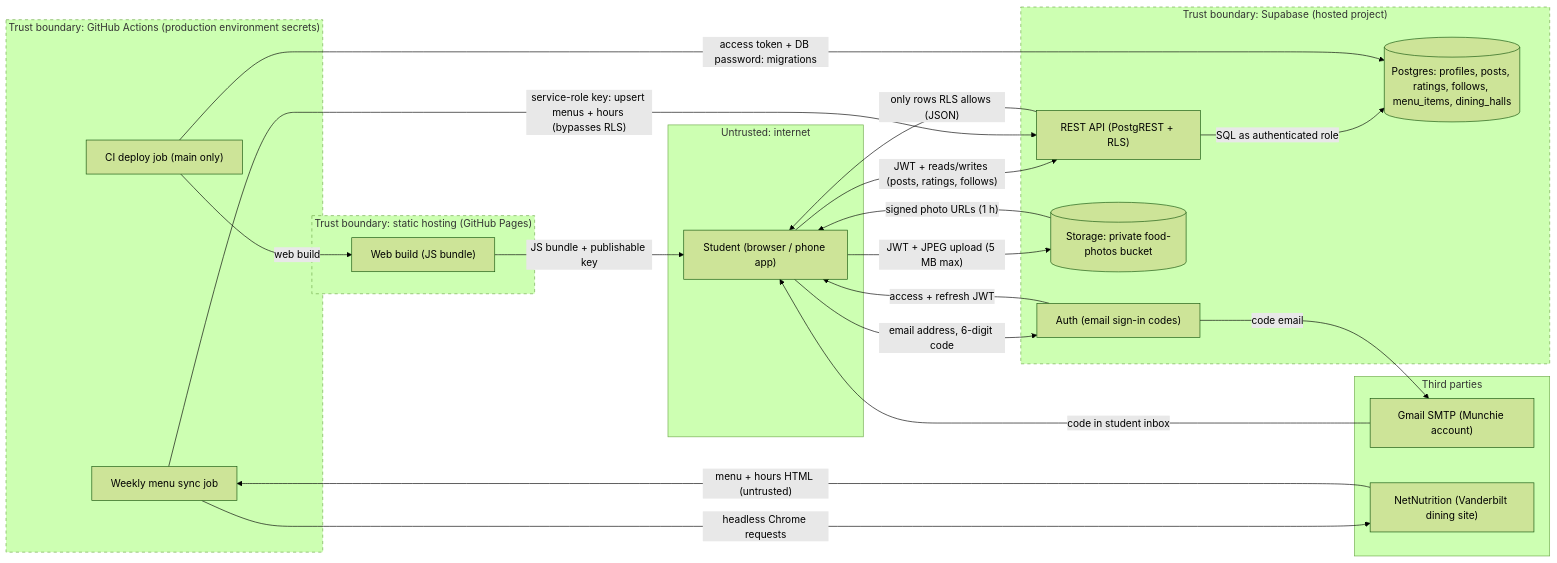
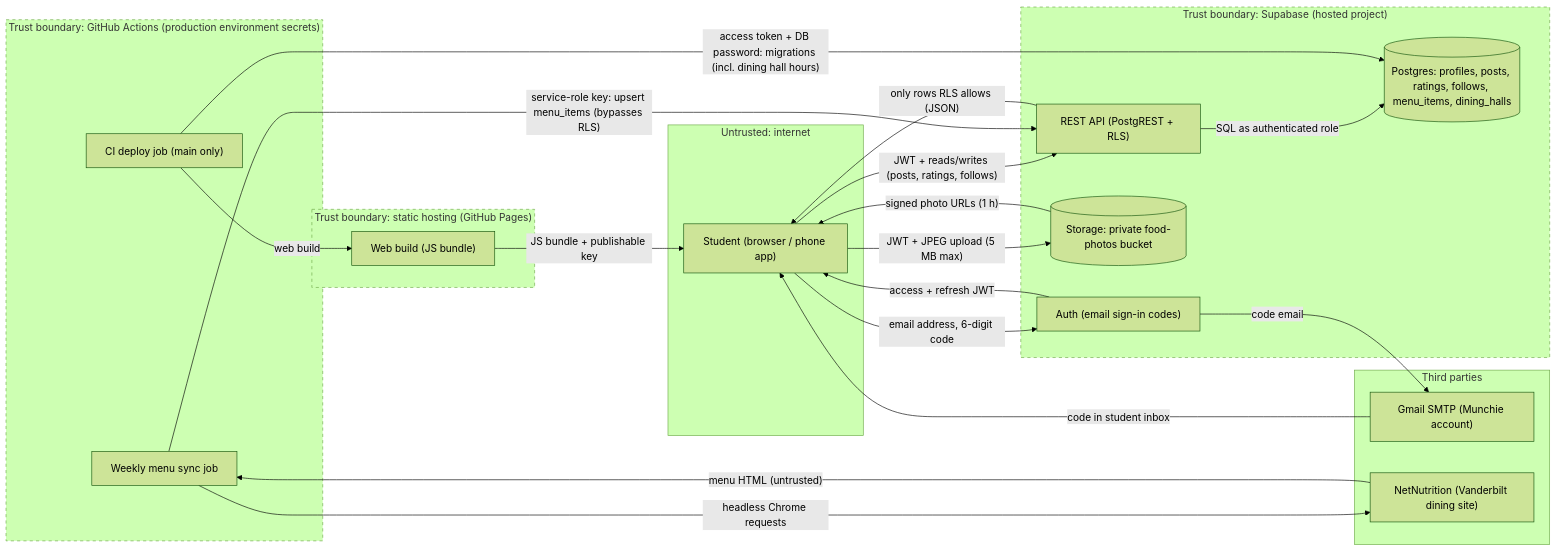
One commit to brianntangg/munchie changed the diagram in docs/security/threat-model.md. Above: the diagram before and after it, drawn with Mermaid (forest theme). The commit also changed other lines of this file and 1 other file, not shown here.

Commit message:
Address review: environment, hours, T4 wording, template leftovers

````diff
--- a/docs/security/threat-model.md
+++ b/docs/security/threat-model.md
@@ -7,41 +7,41 @@
 ```mermaid
 flowchart LR
   subgraph U["Untrusted: internet"]
     user["Student (browser / phone app)"]
   end
   subgraph P["Trust boundary: static hosting (GitHub Pages)"]
     pages["Web build (JS bundle)"]
   end
   subgraph S["Trust boundary: Supabase (hosted project)"]
     auth["Auth (email sign-in codes)"]
     api["REST API (PostgREST + RLS)"]
     db[("Postgres: profiles, posts, ratings, follows, menu_items, dining_halls")]
     files[("Storage: private food-photos bucket")]
   end
   subgraph C["Trust boundary: GitHub Actions (production environment secrets)"]
     deploy["CI deploy job (main only)"]
     sync["Weekly menu sync job"]
   end
   subgraph T["Third parties"]
     smtp["Gmail SMTP (Munchie account)"]
     nn["NetNutrition (Vanderbilt dining site)"]
   end
   pages -- "JS bundle + publishable key" --> user
   user -- "email address, 6-digit code" --> auth
   auth -- "code email" --> smtp
   smtp -- "code in student inbox" --> user
   auth -- "access + refresh JWT" --> user
   user -- "JWT + reads/writes (posts, ratings, follows)" --> api
   api -- "only rows RLS allows (JSON)" --> user
   api -- "SQL as authenticated role" --> db
   user -- "JWT + JPEG upload (5 MB max)" --> files
   files -- "signed photo URLs (1 h)" --> user
   deploy -- "web build" --> pages
-  deploy -- "access token + DB password: migrations" --> db
+  deploy -- "access token + DB password: migrations (incl. dining hall hours)" --> db
   sync -- "headless Chrome requests" --> nn
-  nn -- "menu + hours HTML (untrusted)" --> sync
-  sync -- "service-role key: upsert menus + hours (bypasses RLS)" --> api
+  nn -- "menu HTML (untrusted)" --> sync
+  sync -- "service-role key: upsert menu_items (bypasses RLS)" --> api
   style P stroke-dasharray: 5 5
   style S stroke-dasharray: 5 5
   style C stroke-dasharray: 5 5
 ```
````
